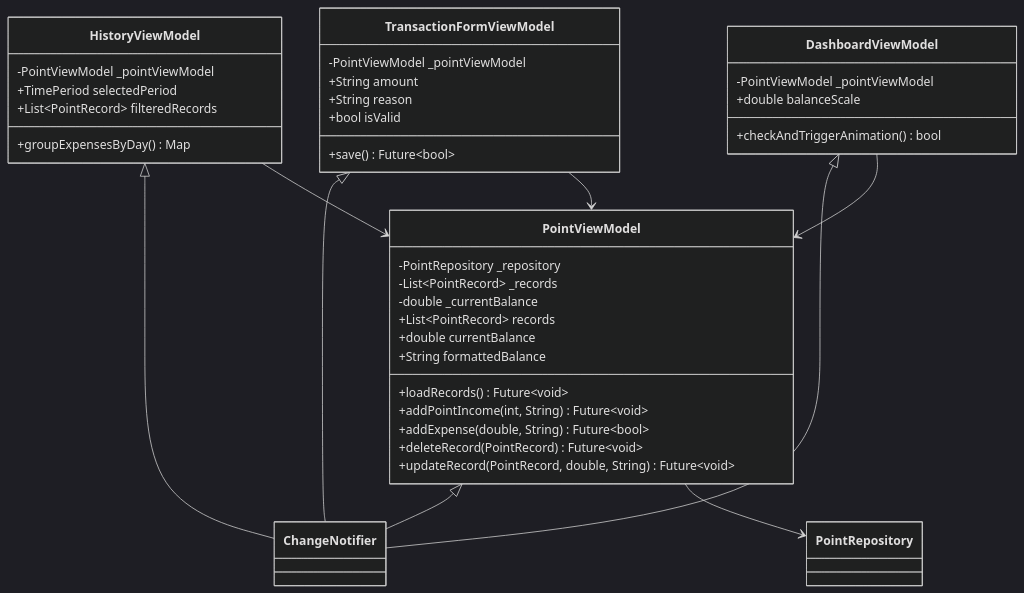
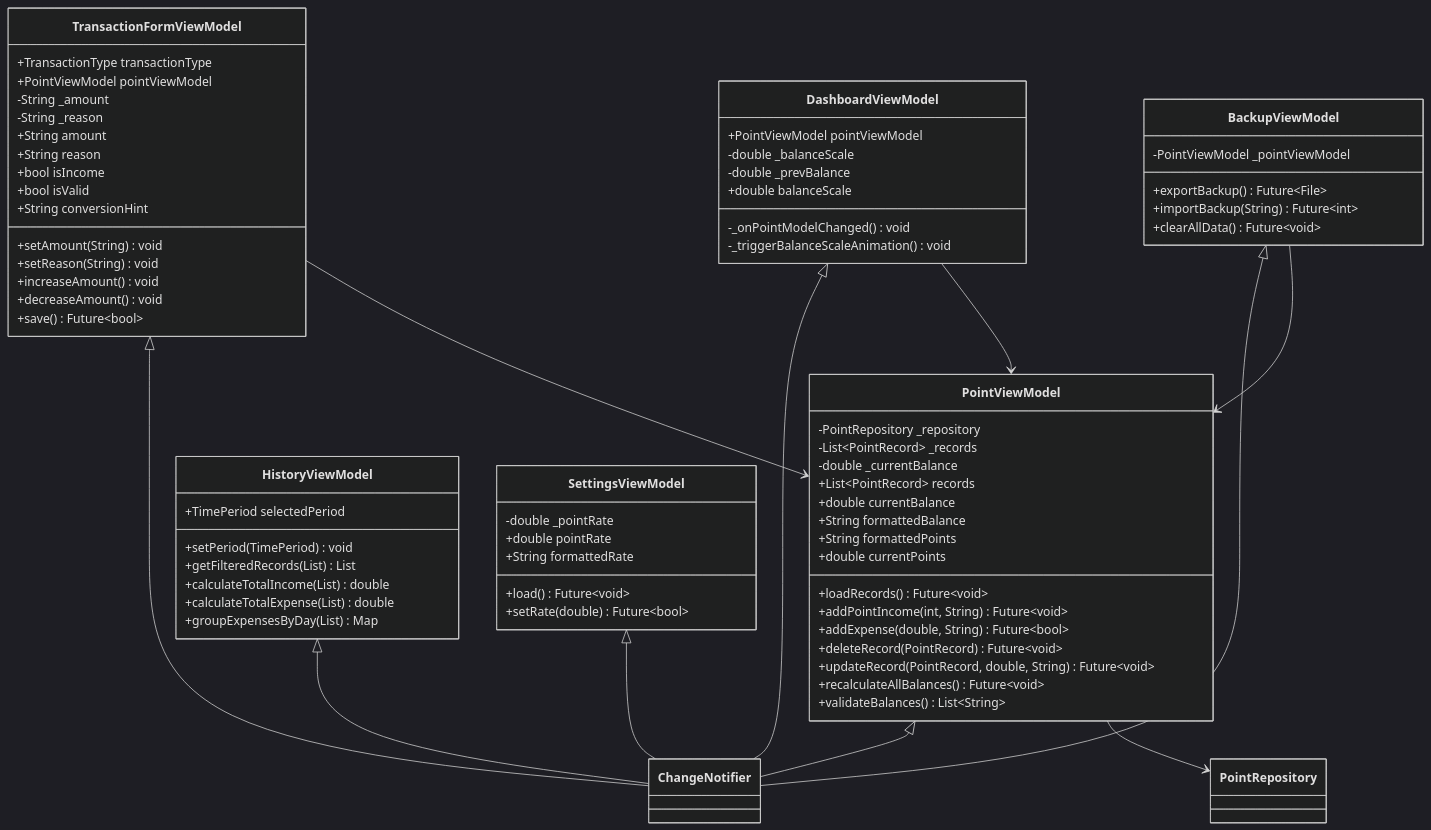
The seventh of 18 diagrams in docs/ARCHITECTURE.md (goodsw4all/wawapoint_flutter), drawn with Mermaid (dark theme) before and after one commit. The commit also changed other lines of this file and 1 other file, not shown here.

Commit message:
docs: update architectural overview and learning guide documentation

````diff
--- a/docs/ARCHITECTURE.md
+++ b/docs/ARCHITECTURE.md
@@ -404,47 +405,82 @@
 ```mermaid
 classDiagram
     class PointViewModel {
         -PointRepository _repository
         -List~PointRecord~ _records
         -double _currentBalance
         +List~PointRecord~ records
         +double currentBalance
         +String formattedBalance
+        +String formattedPoints
+        +double currentPoints
         +loadRecords() Future~void~
         +addPointIncome(int, String) Future~void~
         +addExpense(double, String) Future~bool~
         +deleteRecord(PointRecord) Future~void~
         +updateRecord(PointRecord, double, String) Future~void~
+        +recalculateAllBalances() Future~void~
+        +validateBalances() List~String~
     }
 
     class HistoryViewModel {
-        -PointViewModel _pointViewModel
         +TimePeriod selectedPeriod
-        +List~PointRecord~ filteredRecords
-        +groupExpensesByDay() Map
+        +setPeriod(TimePeriod) void
+        +getFilteredRecords(List) List
+        +calculateTotalIncome(List) double
+        +calculateTotalExpense(List) double
+        +groupExpensesByDay(List) Map
     }
 
     class TransactionFormViewModel {
-        -PointViewModel _pointViewModel
+        +TransactionType transactionType
+        +PointViewModel pointViewModel
+        -String _amount
+        -String _reason
         +String amount
         +String reason
+        +bool isIncome
         +bool isValid
+        +setAmount(String) void
+        +setReason(String) void
+        +increaseAmount() void
+        +decreaseAmount() void
         +save() Future~bool~
+        +String conversionHint
     }
 
     class DashboardViewModel {
+        +PointViewModel pointViewModel
+        -double _balanceScale
+        -double _prevBalance
+        +double balanceScale
+        -_onPointModelChanged() void
+        -_triggerBalanceScaleAnimation() void
+    }
+
+    class BackupViewModel {
         -PointViewModel _pointViewModel
-        +double balanceScale
-        +checkAndTriggerAnimation() bool
+        +exportBackup() Future~File~
+        +importBackup(String) Future~int~
+        +clearAllData() Future~void~
+    }
+
+    class SettingsViewModel {
+        -double _pointRate
+        +double pointRate
+        +String formattedRate
+        +load() Future~void~
+        +setRate(double) Future~bool~
     }
 
     PointViewModel <|-- ChangeNotifier
     HistoryViewModel <|-- ChangeNotifier
     TransactionFormViewModel <|-- ChangeNotifier
     DashboardViewModel <|-- ChangeNotifier
+    BackupViewModel <|-- ChangeNotifier
+    SettingsViewModel <|-- ChangeNotifier
 
-    HistoryViewModel --> PointViewModel
     TransactionFormViewModel --> PointViewModel
     DashboardViewModel --> PointViewModel
+    BackupViewModel --> PointViewModel
     PointViewModel --> PointRepository
 ```
````
